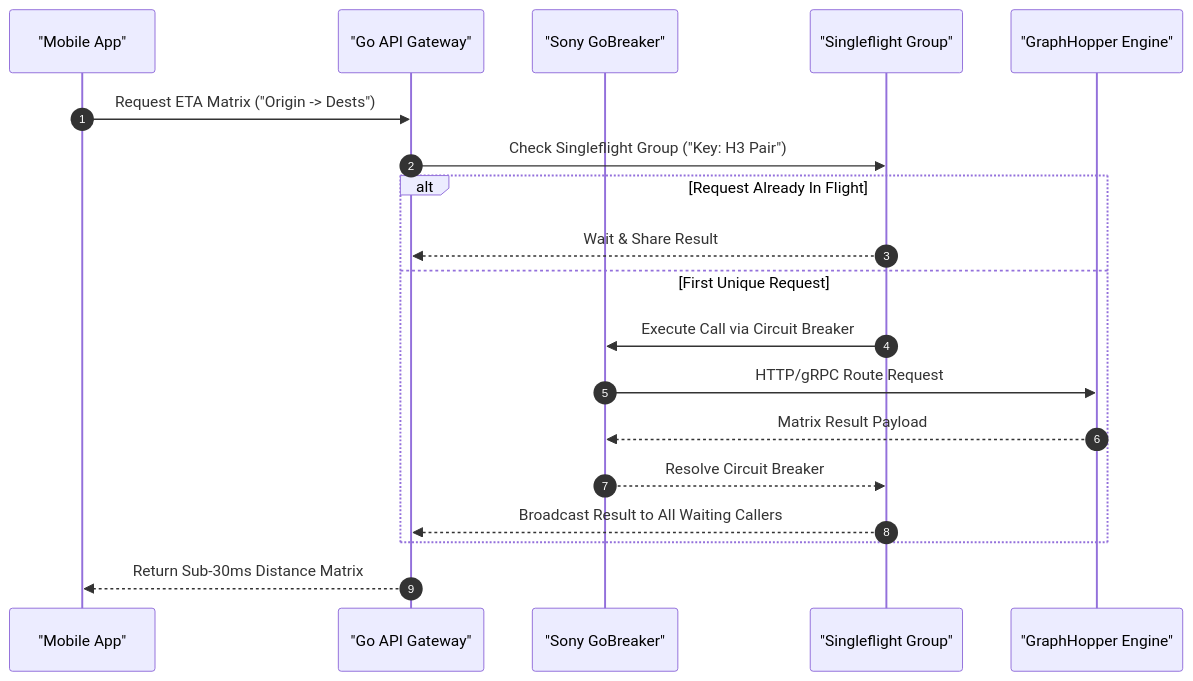
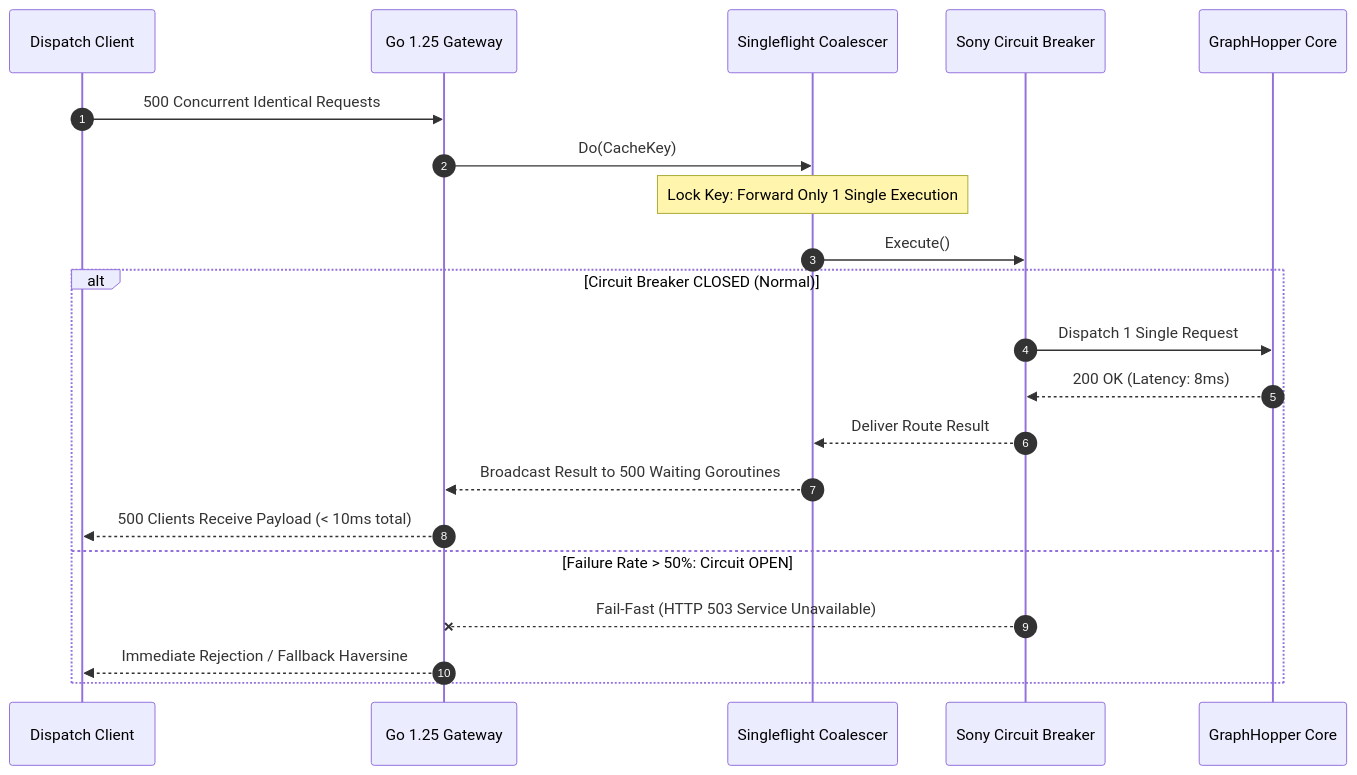
The second of 2 diagrams in content/series/routing-geospatial-architecture/part-4-golang-microservices.md (vesviet/vesviet), drawn with Mermaid before and after one commit. The commit also changed other lines of this file and 90 other files, not shown here.

````diff
--- a/content/series/routing-geospatial-architecture/part-4-golang-microservices.md
+++ b/content/series/routing-geospatial-architecture/part-4-golang-microservices.md
@@ -47,22 +431,24 @@
 ```mermaid
 sequenceDiagram
     autonumber
-    participant Client as "Mobile App"
-    participant Gateway as "Go API Gateway"
-    participant Breaker as "Sony GoBreaker"
-    participant Flight as "Singleflight Group"
-    participant GH as "GraphHopper Engine"
-    
-    Client->>Gateway: Request ETA Matrix ("Origin -> Dests")
-    Gateway->>Flight: Check Singleflight Group ("Key: H3 Pair")
-    alt Request Already In Flight
-        Flight-->>Gateway: Wait & Share Result
-    else First Unique Request
-        Flight->>Breaker: Execute Call via Circuit Breaker
-        Breaker->>GH: HTTP/gRPC Route Request
-        GH-->>Breaker: Matrix Result Payload
-        Breaker-->>Flight: Resolve Circuit Breaker
-        Flight-->>Gateway: Broadcast Result to All Waiting Callers
+    participant Client as Dispatch Client
+    participant GW as Go 1.25 Gateway
+    participant Flight as Singleflight Coalescer
+    participant CB as Sony Circuit Breaker
+    participant Backend as GraphHopper Core
+
+    Client->>GW: 500 Concurrent Identical Requests
+    GW->>Flight: Do(CacheKey)
+    Note over Flight: Lock Key: Forward Only 1 Single Execution
+    Flight->>CB: Execute()
+    alt Circuit Breaker CLOSED (Normal)
+        CB->>Backend: Dispatch 1 Single Request
+        Backend-->>CB: 200 OK (Latency: 8ms)
+        CB-->>Flight: Deliver Route Result
+        Flight-->>GW: Broadcast Result to 500 Waiting Goroutines
+        GW-->>Client: 500 Clients Receive Payload (< 10ms total)
+    else Failure Rate > 50%: Circuit OPEN
+        CB--xGW: Fail-Fast (HTTP 503 Service Unavailable)
+        GW-->>Client: Immediate Rejection / Fallback Haversine
     end
-    Gateway-->>Client: Return Sub-30ms Distance Matrix
 ```
````
